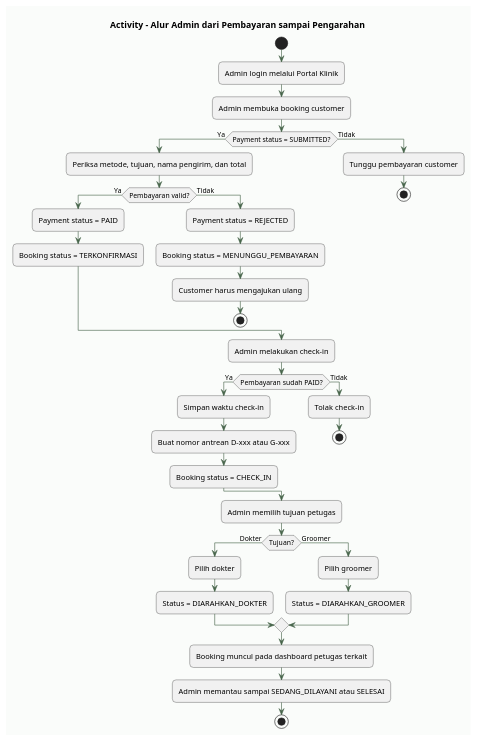
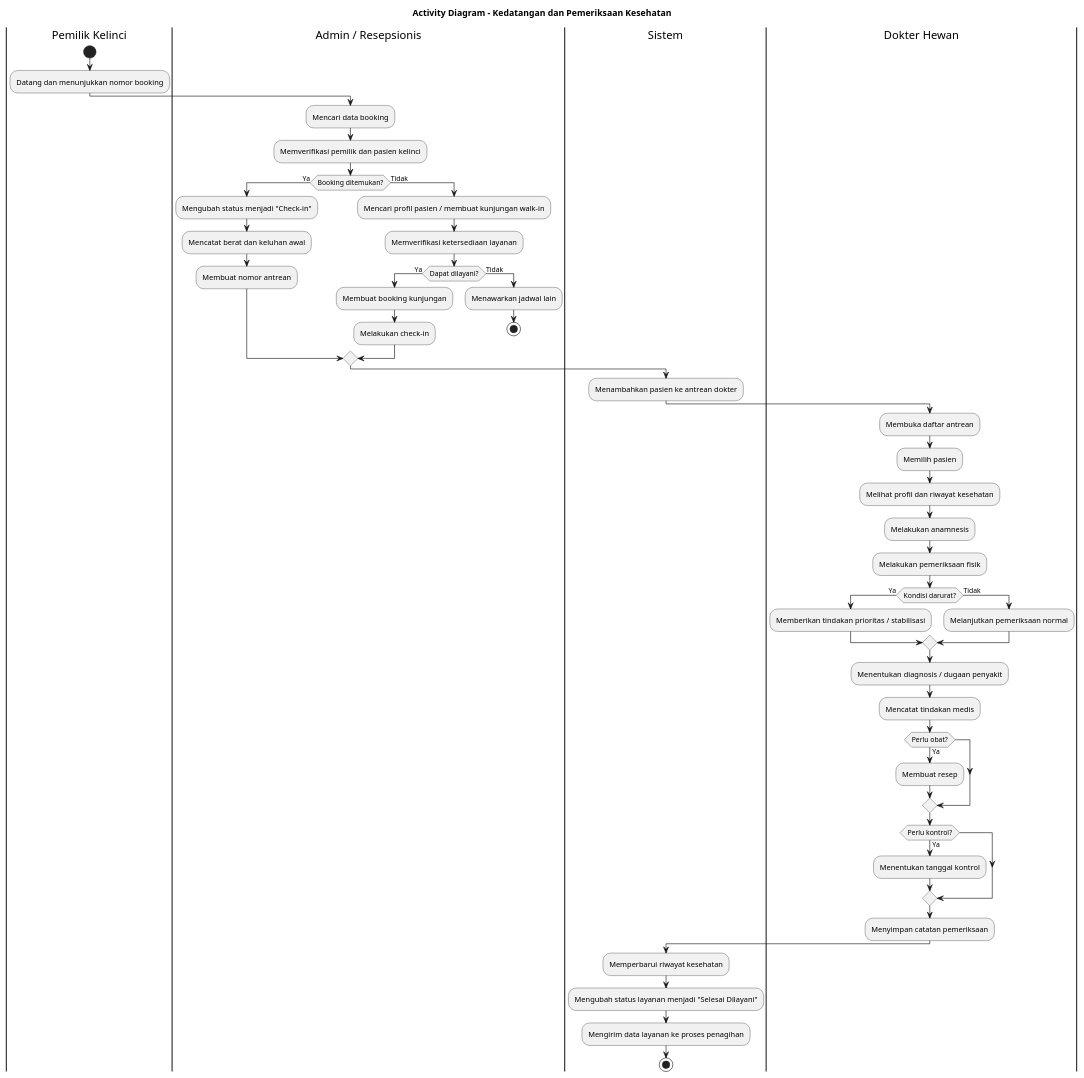
One commit to audyyagustin/rabbitcare-apsi changed the diagram in diagrams/06_activity_admin_service_flow.puml. Above: the diagram before and after it, drawn with PlantUML.

```diff
--- a/diagrams/06_activity_admin_service_flow.puml
+++ b/diagrams/06_activity_admin_service_flow.puml
@@ -1,49 +1,57 @@
 @startuml
 skinparam shadowing false
-skinparam roundcorner 12
-skinparam defaultFontName Arial
-skinparam ArrowColor #48664C
-skinparam BorderColor #48664C
-skinparam BackgroundColor #FAFCFA
-skinparam NoteBackgroundColor #FFF7E8
-skinparam NoteBorderColor #D99A43
-title Activity - Alur Admin dari Pembayaran sampai Pengarahan
+title Activity Diagram - Kedatangan dan Pemeriksaan Kesehatan
+
+|Pemilik Kelinci|
 start
-:Admin login melalui Portal Klinik;
-:Admin membuka booking customer;
-if (Payment status = SUBMITTED?) then (Ya)
-  :Periksa metode, tujuan, nama pengirim, dan total;
-  if (Pembayaran valid?) then (Ya)
-    :Payment status = PAID;
-    :Booking status = TERKONFIRMASI;
+:Datang dan menunjukkan nomor booking;
+
+|Admin / Resepsionis|
+:Mencari data booking;
+:Memverifikasi pemilik dan pasien kelinci;
+if (Booking ditemukan?) then (Ya)
+  :Mengubah status menjadi "Check-in";
+  :Mencatat berat dan keluhan awal;
+  :Membuat nomor antrean;
+else (Tidak)
+  :Mencari profil pasien / membuat kunjungan walk-in;
+  :Memverifikasi ketersediaan layanan;
+  if (Dapat dilayani?) then (Ya)
+    :Membuat booking kunjungan;
+    :Melakukan check-in;
   else (Tidak)
-    :Payment status = REJECTED;
-    :Booking status = MENUNGGU_PEMBAYARAN;
-    :Customer harus mengajukan ulang;
+    :Menawarkan jadwal lain;
     stop
   endif
+endif
+
+|Sistem|
+:Menambahkan pasien ke antrean dokter;
+
+|Dokter Hewan|
+:Membuka daftar antrean;
+:Memilih pasien;
+:Melihat profil dan riwayat kesehatan;
+:Melakukan anamnesis;
+:Melakukan pemeriksaan fisik;
+if (Kondisi darurat?) then (Ya)
+  :Memberikan tindakan prioritas / stabilisasi;
 else (Tidak)
-  :Tunggu pembayaran customer;
-  stop
+  :Melanjutkan pemeriksaan normal;
 endif
-:Admin melakukan check-in;
-if (Pembayaran sudah PAID?) then (Ya)
-  :Simpan waktu check-in;
-  :Buat nomor antrean D-xxx atau G-xxx;
-  :Booking status = CHECK_IN;
-else (Tidak)
-  :Tolak check-in;
-  stop
+:Menentukan diagnosis / dugaan penyakit;
+:Mencatat tindakan medis;
+if (Perlu obat?) then (Ya)
+  :Membuat resep;
 endif
-:Admin memilih tujuan petugas;
-if (Tujuan?) then (Dokter)
-  :Pilih dokter;
-  :Status = DIARAHKAN_DOKTER;
-else (Groomer)
-  :Pilih groomer;
-  :Status = DIARAHKAN_GROOMER;
+if (Perlu kontrol?) then (Ya)
+  :Menentukan tanggal kontrol;
 endif
-:Booking muncul pada dashboard petugas terkait;
-:Admin memantau sampai SEDANG_DILAYANI atau SELESAI;
+:Menyimpan catatan pemeriksaan;
+
+|Sistem|
+:Memperbarui riwayat kesehatan;
+:Mengubah status layanan menjadi "Selesai Dilayani";
+:Mengirim data layanan ke proses penagihan;
 stop
 @enduml
```
